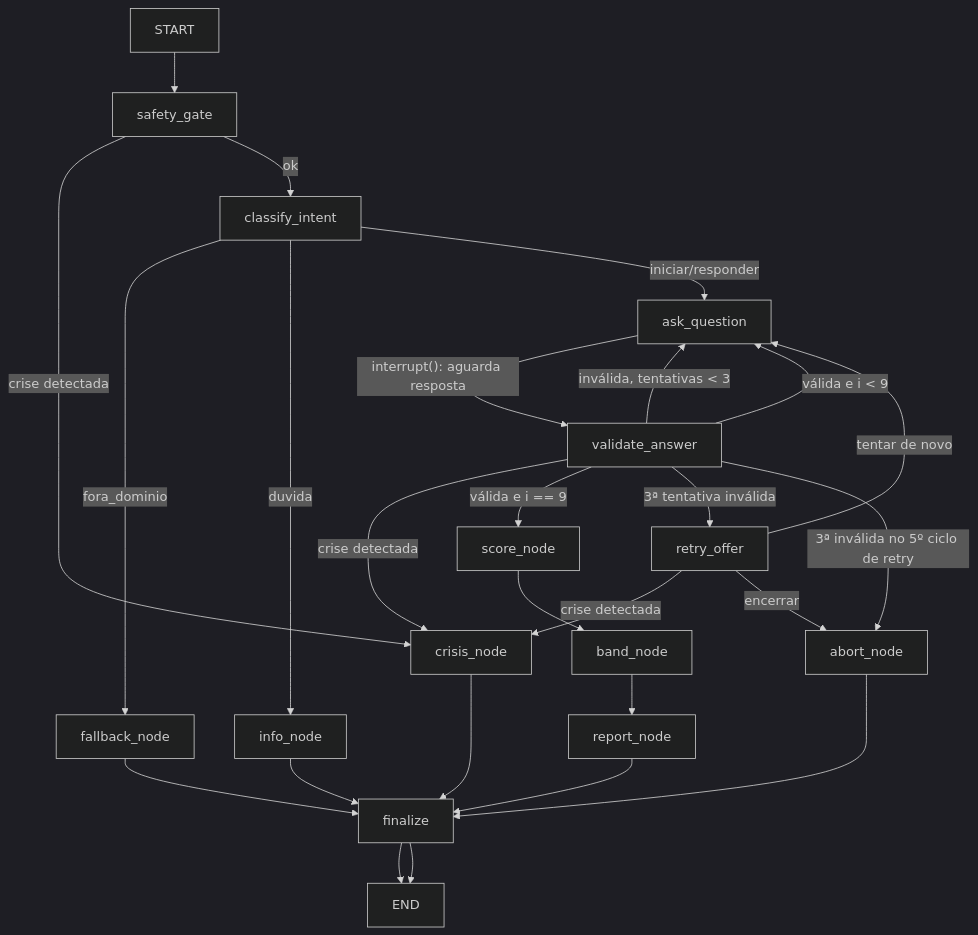
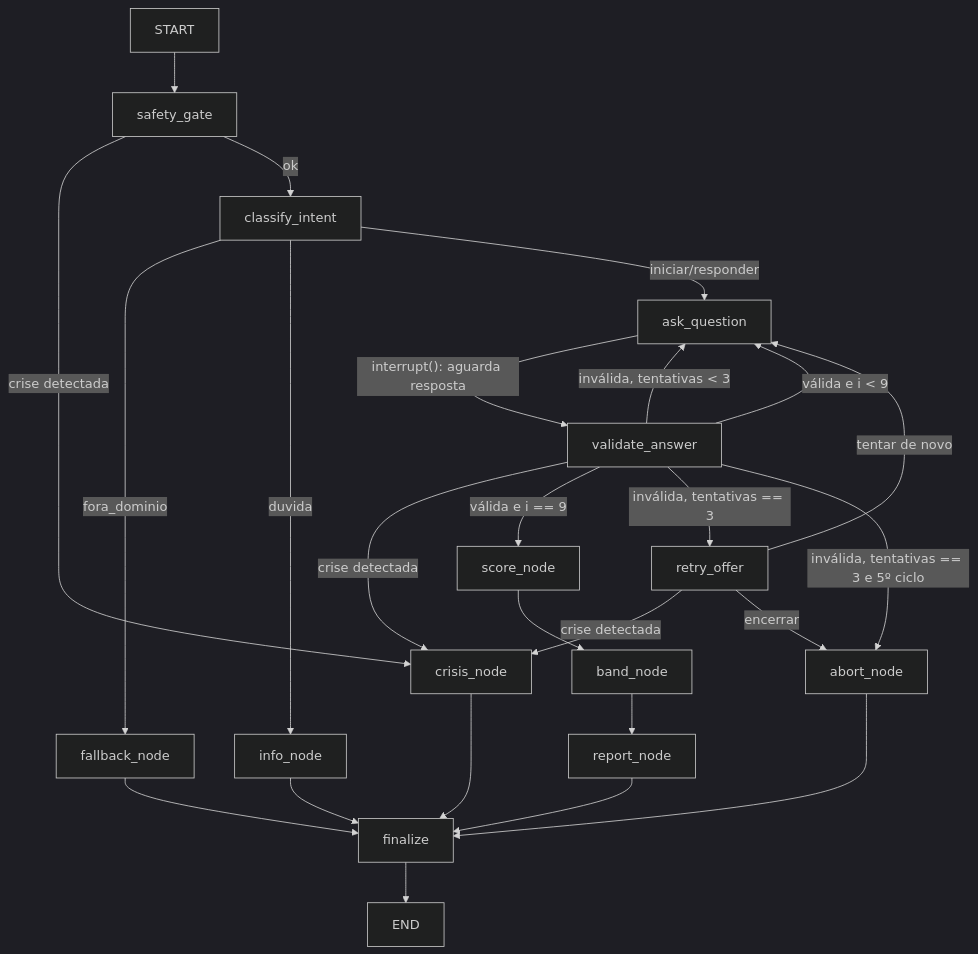
Before and after one commit to ernestodeoliveira/jogo-limpo-triagem: the diagram in README.md, drawn with Mermaid (dark theme). The commit also changed other lines of this file and 1 other file, not shown here.

Commit message:
docs: apply review fixes to flow diagrams and config notes

````diff
--- a/README.md
+++ b/README.md
@@ -26,22 +26,22 @@
 ```mermaid
 flowchart TD
     START --> safety_gate
-    safety_gate -- crise detectada --> crisis_node --> finalize --> END
+    safety_gate -- crise detectada --> crisis_node --> finalize
     safety_gate -- ok --> classify_intent
     classify_intent -- fora_dominio --> fallback_node --> finalize
     classify_intent -- duvida --> info_node --> finalize
     classify_intent -- iniciar/responder --> ask_question
     ask_question -- "interrupt(): aguarda resposta" --> validate_answer
     validate_answer -- crise detectada --> crisis_node
     validate_answer -- inválida, tentativas < 3 --> ask_question
     validate_answer -- válida e i < 9 --> ask_question
     validate_answer -- válida e i == 9 --> score_node
-    validate_answer -- 3ª tentativa inválida --> retry_offer
-    validate_answer -- 3ª inválida no 5º ciclo de retry --> abort_node
+    validate_answer -- inválida, tentativas == 3 --> retry_offer
+    validate_answer -- inválida, tentativas == 3 e 5º ciclo --> abort_node
     retry_offer -- crise detectada --> crisis_node
     retry_offer -- tentar de novo --> ask_question
     retry_offer -- encerrar --> abort_node
     abort_node --> finalize
     score_node --> band_node --> report_node --> finalize
     finalize --> END
 ```
````
